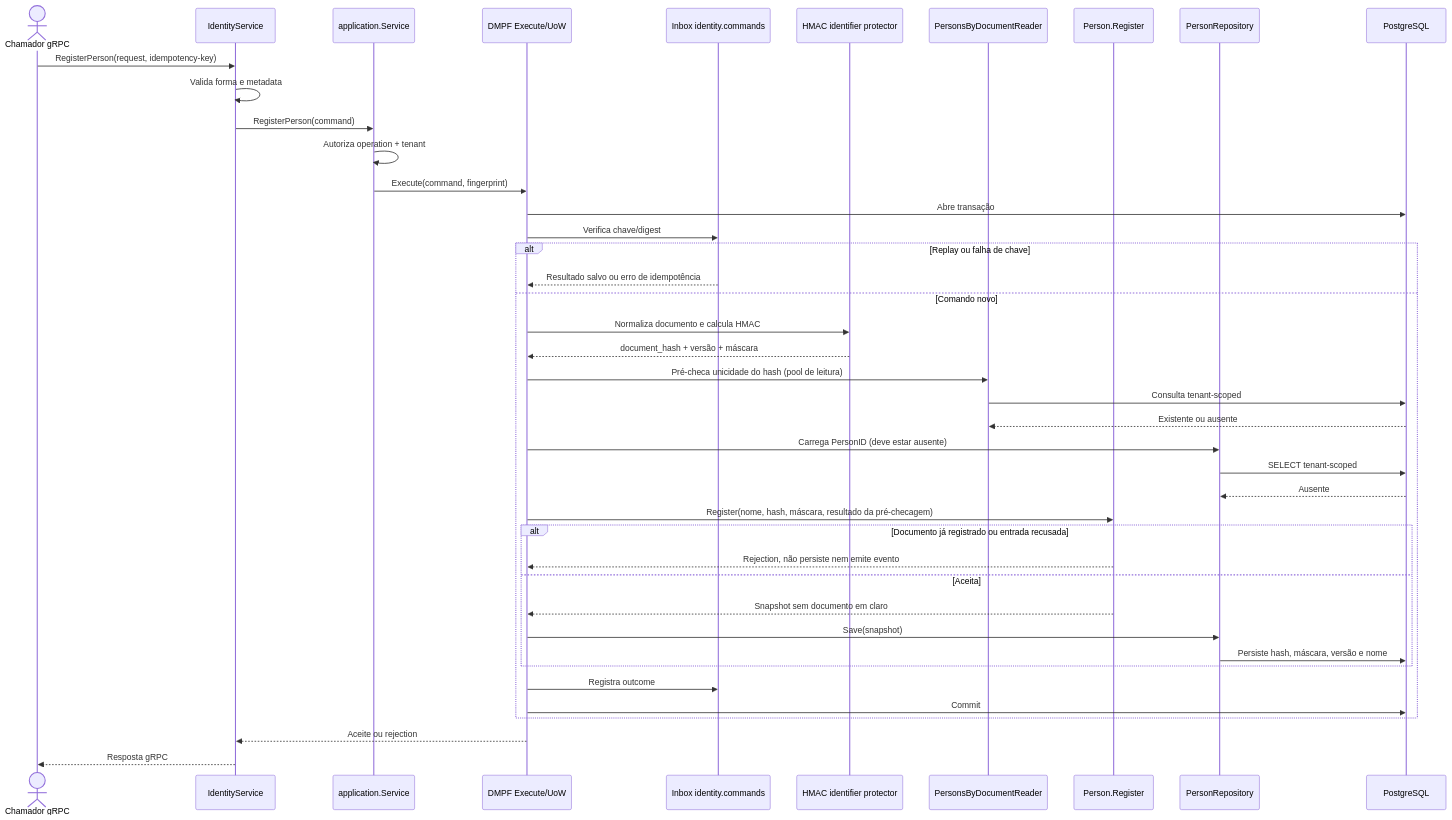
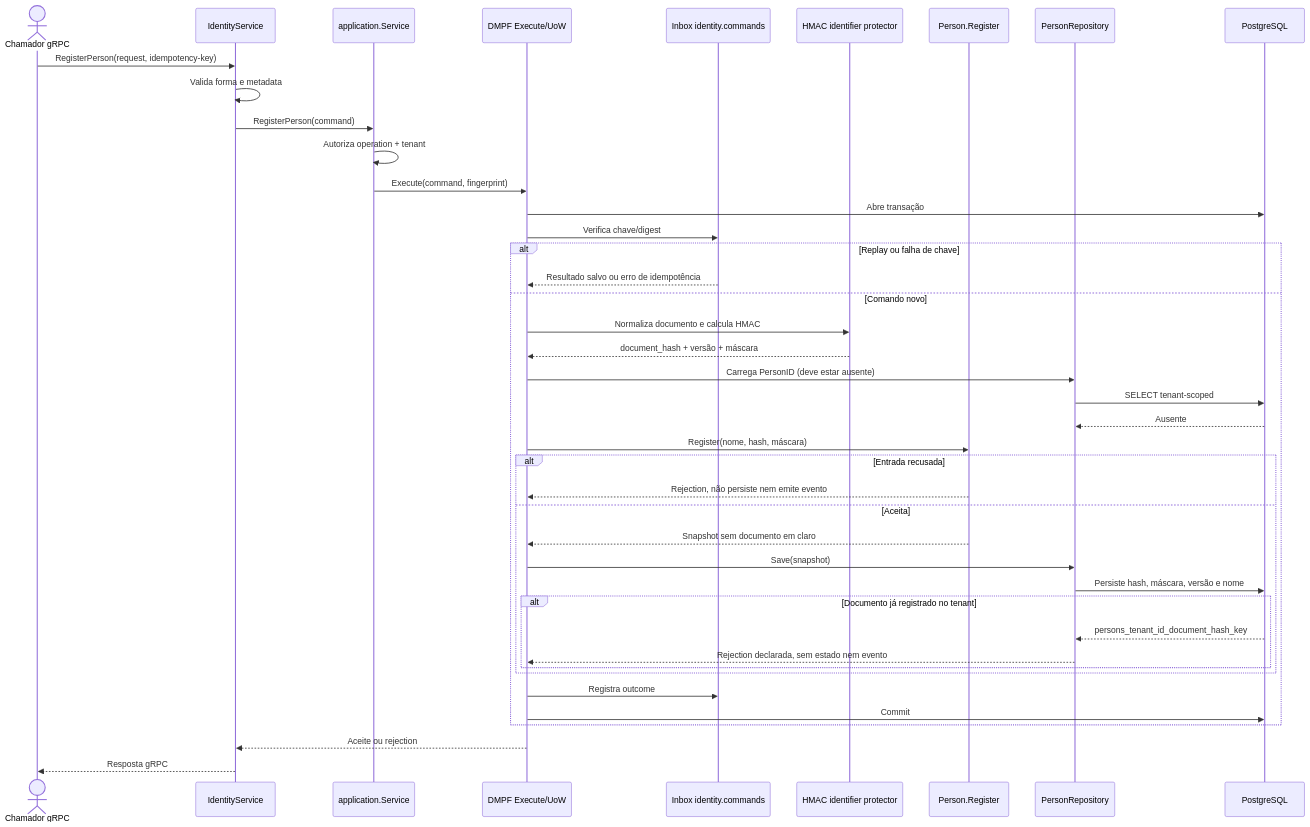
The diagram in apps/backend/identity/docs/architecture/sequences/register-person.md (mateusmacedo/antecipa-market), drawn with Mermaid before and after one commit. The commit also changed 48 other files, not shown here.

First line of the commit message:
feat(identity): adota a unicidade declarada do kernel rc.7

````diff
--- a/apps/backend/identity/docs/architecture/sequences/register-person.md
+++ b/apps/backend/identity/docs/architecture/sequences/register-person.md
@@ -5,45 +5,45 @@
 ```mermaid
 sequenceDiagram
   actor Client as Chamador gRPC
   participant RPC as IdentityService
   participant App as application.Service
   participant UOW as DMPF Execute/UoW
   participant Inbox as Inbox identity.commands
   participant Protector as HMAC identifier protector
-  participant Reader as PersonsByDocumentReader
   participant Domain as Person.Register
   participant Repo as PersonRepository
   participant PG as PostgreSQL
 
   Client->>RPC: RegisterPerson(request, idempotency-key)
   RPC->>RPC: Valida forma e metadata
   RPC->>App: RegisterPerson(command)
   App->>App: Autoriza operation + tenant
   App->>UOW: Execute(command, fingerprint)
   UOW->>PG: Abre transação
   UOW->>Inbox: Verifica chave/digest
   alt Replay ou falha de chave
     Inbox-->>UOW: Resultado salvo ou erro de idempotência
   else Comando novo
     UOW->>Protector: Normaliza documento e calcula HMAC
     Protector-->>UOW: document_hash + versão + máscara
-    UOW->>Reader: Pré-checa unicidade do hash (pool de leitura)
-    Reader->>PG: Consulta tenant-scoped
-    PG-->>Reader: Existente ou ausente
     UOW->>Repo: Carrega PersonID (deve estar ausente)
     Repo->>PG: SELECT tenant-scoped
     PG-->>Repo: Ausente
-    UOW->>Domain: Register(nome, hash, máscara, resultado da pré-checagem)
-    alt Documento já registrado ou entrada recusada
+    UOW->>Domain: Register(nome, hash, máscara)
+    alt Entrada recusada
       Domain-->>UOW: Rejection, não persiste nem emite evento
     else Aceita
       Domain-->>UOW: Snapshot sem documento em claro
       UOW->>Repo: Save(snapshot)
       Repo->>PG: Persiste hash, máscara, versão e nome
+      alt Documento já registrado no tenant
+        PG-->>Repo: persons_tenant_id_document_hash_key
+        Repo-->>UOW: Rejection declarada, sem estado nem evento
+      end
     end
     UOW->>Inbox: Registra outcome
     UOW->>PG: Commit
   end
   UOW-->>RPC: Aceite ou rejection
   RPC-->>Client: Resposta gRPC
 ```
````
